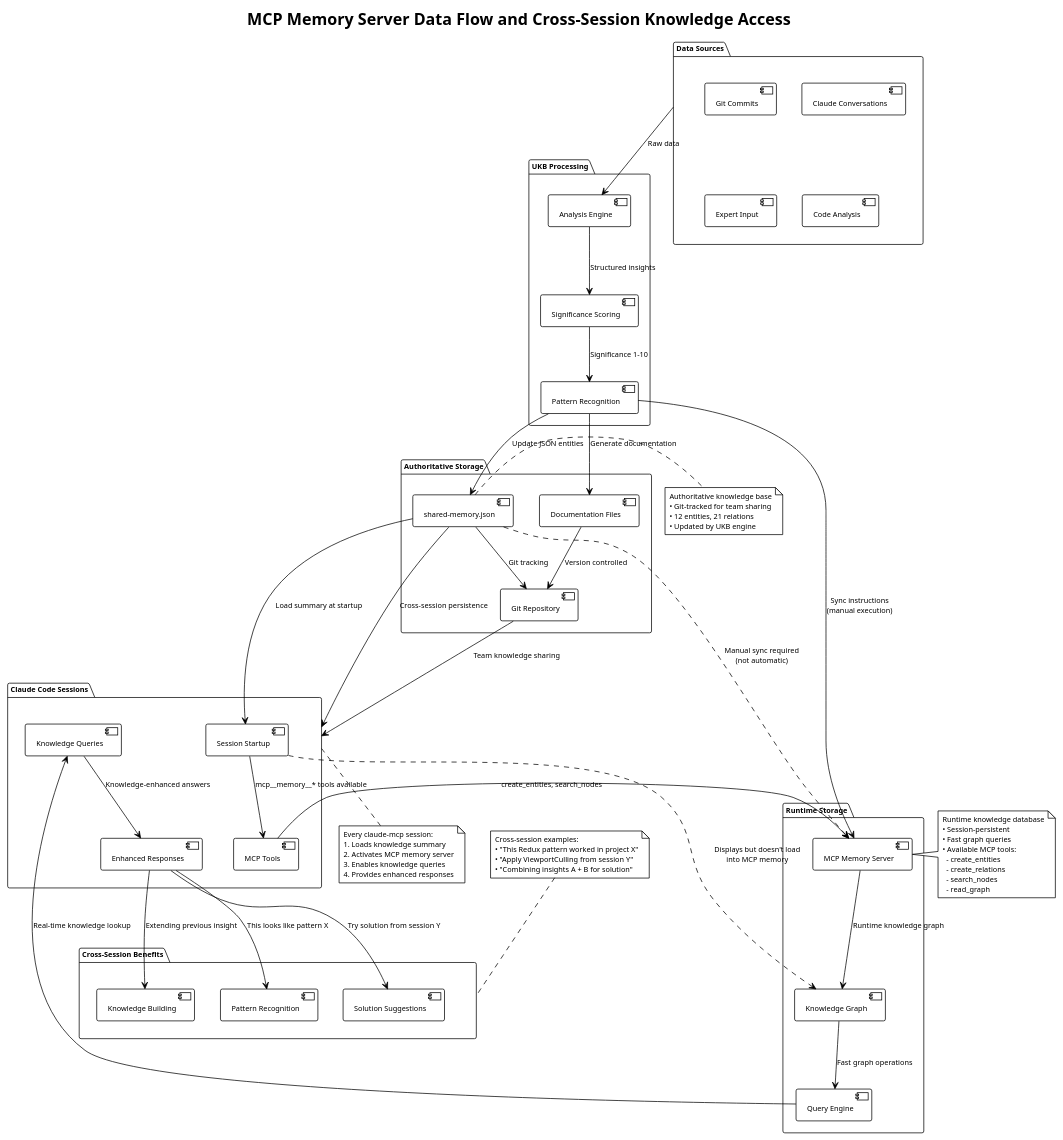
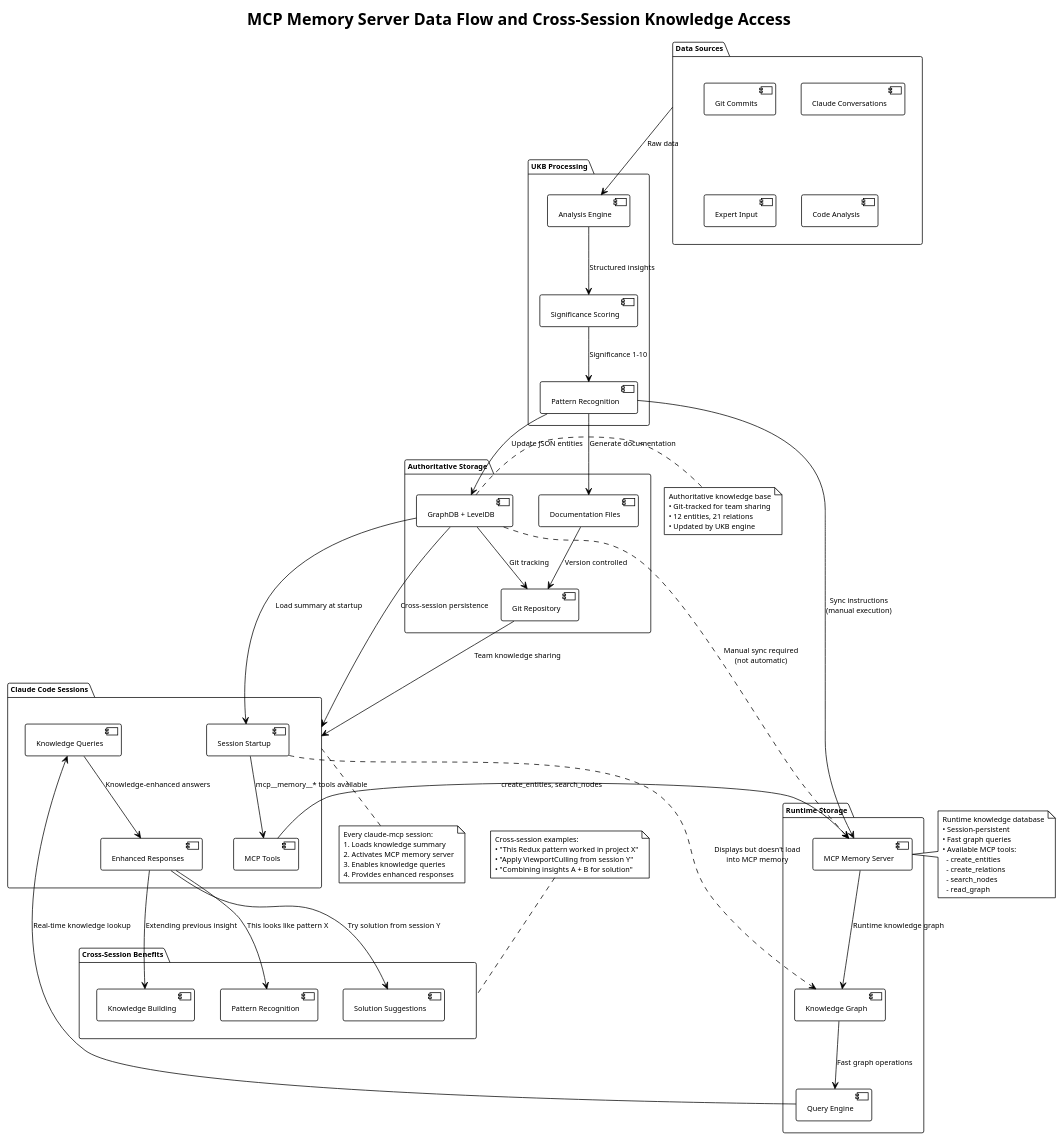
The diagram in knowledge-management/insights/puml/mcp-memory-data-flow.puml (fwornle/coding), drawn with PlantUML before and after one commit. The commit also changed 81 other files, not shown here.

Commit message:
fix: shared-memory-*.json clean-up (across entire codebase)

```diff
--- a/knowledge-management/insights/puml/mcp-memory-data-flow.puml
+++ b/knowledge-management/insights/puml/mcp-memory-data-flow.puml
@@ -1,90 +1,90 @@
 @startuml mcp-memory-data-flow
 !theme plain
 skinparam backgroundColor white
 skinparam defaultFontSize 10
 
 title MCP Memory Server Data Flow and Cross-Session Knowledge Access
 
 top to bottom direction
 
 package "Data Sources" as Sources {
     [Git Commits] as Git
     [Claude Conversations] as Conversations
     [Expert Input] as Expert
     [Code Analysis] as Code
 }
 
 package "UKB Processing" as UKB {
     [Analysis Engine] as Analysis
     [Significance Scoring] as Scoring
     [Pattern Recognition] as Patterns
 }
 
 package "Authoritative Storage" as AuthStorage {
-    [shared-memory.json] as SharedJSON
+    [GraphDB + LevelDB] as SharedJSON
     [Documentation Files] as Docs
     [Git Repository] as GitRepo
 }
 
 package "Runtime Storage" as Runtime {
     [MCP Memory Server] as MCPServer
     [Knowledge Graph] as Graph
     [Query Engine] as Query
 }
 
 package "Claude Code Sessions" as Sessions {
     [Session Startup] as Startup
     [MCP Tools] as Tools
     [Knowledge Queries] as Queries
     [Enhanced Responses] as Responses
 }
 
 package "Cross-Session Benefits" as Benefits {
     [Pattern Recognition] as Recognition
     [Solution Suggestions] as Suggestions
     [Knowledge Building] as Building
 }
 
 ' Data flow from sources through UKB
 Sources --> Analysis : Raw data
 Analysis --> Scoring : Structured insights
 Scoring --> Patterns : Significance 1-10
 Patterns --> SharedJSON : Update JSON entities
 Patterns --> Docs : Generate documentation
 
 ' Authoritative storage
 SharedJSON --> GitRepo : Git tracking
 Docs --> GitRepo : Version controlled
 
 ' MCP Memory integration  
 Patterns --> MCPServer : Sync instructions\n(manual execution)
 SharedJSON --> Startup : Load summary at startup
 MCPServer --> Graph : Runtime knowledge graph
 Graph --> Query : Fast graph operations
 
 ' Session interactions
 Startup --> Tools : mcp__memory__* tools available
 Tools --> MCPServer : create_entities, search_nodes
 Query --> Queries : Real-time knowledge lookup
 Queries --> Responses : Knowledge-enhanced answers
 Responses --> Recognition : "This looks like pattern X"
 Responses --> Suggestions : "Try solution from session Y"  
 Responses --> Building : "Extending previous insight"
 
 ' Team collaboration
 GitRepo --> Sessions : Team knowledge sharing
 SharedJSON --> Sessions : Cross-session persistence
 
 ' Current limitations (dashed lines)
 SharedJSON -.-> MCPServer : Manual sync required\n(not automatic)
 Startup -.-> Graph : Displays but doesn't load\ninto MCP memory
 
 note right of SharedJSON : Authoritative knowledge base\n• Git-tracked for team sharing\n• 12 entities, 21 relations\n• Updated by UKB engine
 
 note left of MCPServer : Runtime knowledge database\n• Session-persistent\n• Fast graph queries\n• Available MCP tools:\n  - create_entities\n  - create_relations\n  - search_nodes\n  - read_graph
 
 note bottom of Sessions : Every claude-mcp session:\n1. Loads knowledge summary\n2. Activates MCP memory server\n3. Enables knowledge queries\n4. Provides enhanced responses
 
 note top of Benefits : Cross-session examples:\n• "This Redux pattern worked in project X"\n• "Apply ViewportCulling from session Y"\n• "Combining insights A + B for solution"
 
 @enduml
```
